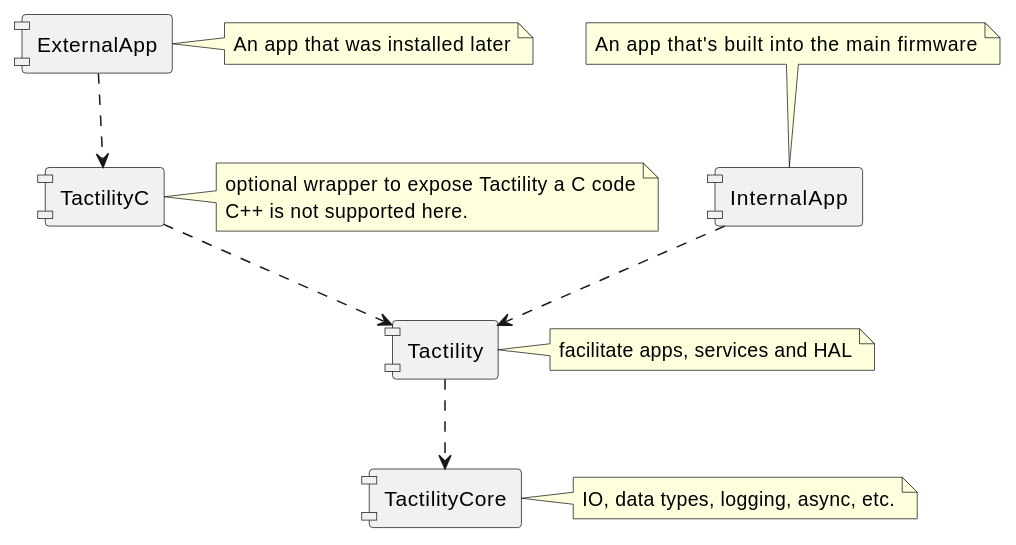
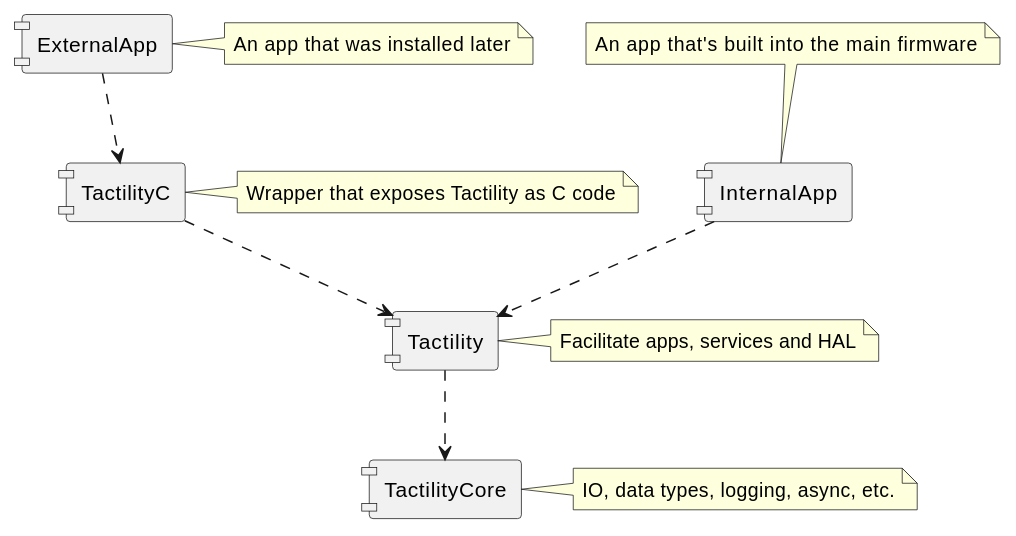
Before and after one commit to ByteWelder/TactilityDocs: the diagram in docs/versions/main/tactility-development/project-structure.md, drawn with PlantUML. The commit also changed other lines of this file and 1 other file, not shown here.

````diff
--- a/docs/versions/main/tactility-development/project-structure.md
+++ b/docs/versions/main/tactility-development/project-structure.md
@@ -10,22 +11,22 @@
 ```plantuml
 @startuml
 skinparam componentStyle uml1
 
 [InternalApp]
 note top of InternalApp : An app that's built into the main firmware
 [ExternalApp]
 note right of ExternalApp : An app that was installed later
 [TactilityC]
-note right of TactilityC : optional wrapper to expose Tactility a C code\nC++ is not supported here. 
+note right of TactilityC : Wrapper that exposes Tactility as C code
 [Tactility]
-note right of Tactility : facilitate apps, services and HAL
+note right of Tactility : Facilitate apps, services and HAL
 [TactilityCore]
 note right of TactilityCore : IO, data types, logging, async, etc.
 
 [InternalApp] ..> [Tactility]
 [ExternalApp] ..> [TactilityC]
 [TactilityC] ..> [Tactility]
 [Tactility] ..> [TactilityCore]
 
 @enduml
 ```
````
